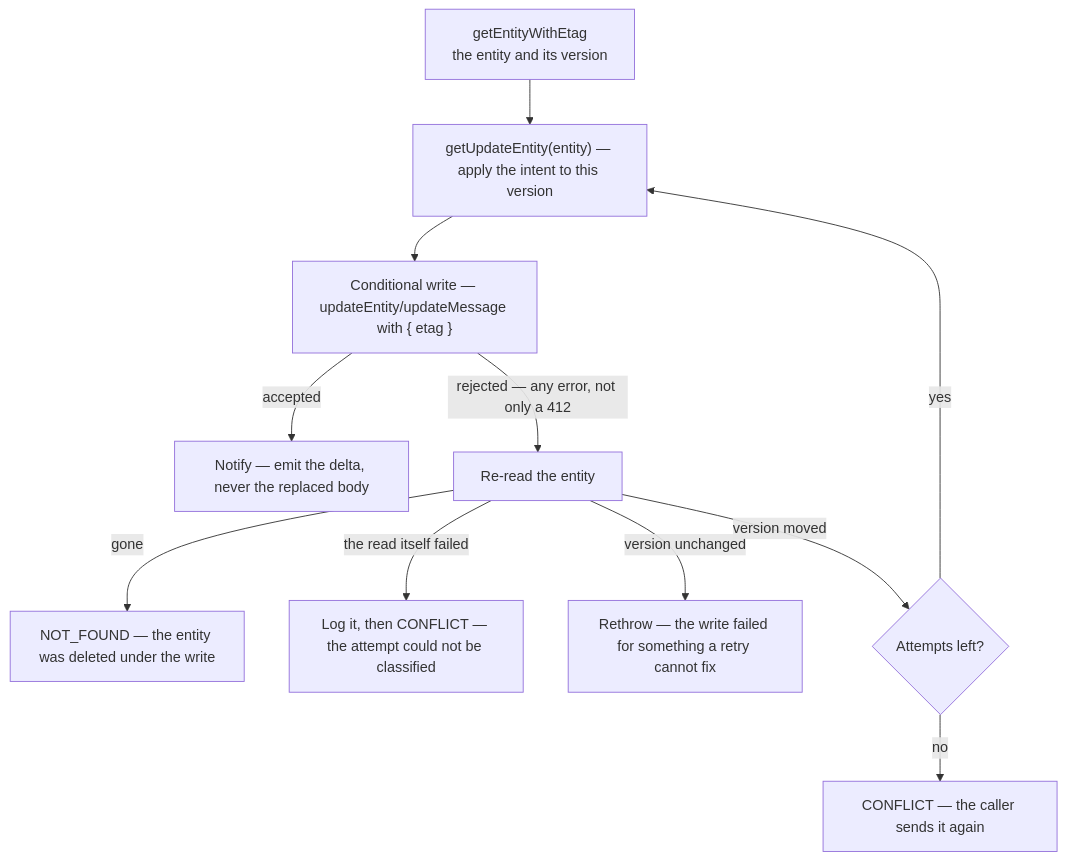
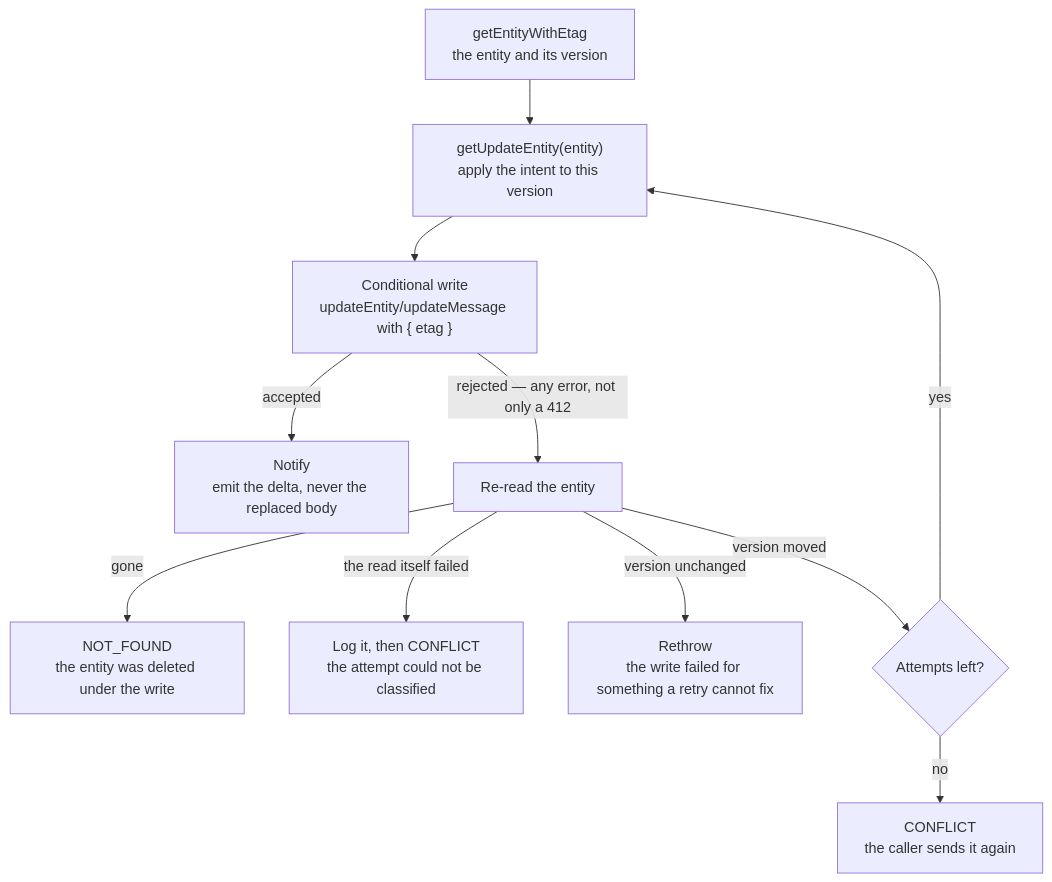
One commit to Esposter/Esposter changed the diagram in openspec/specs/architecture/conditional-writes/design.md. Above: the diagram before and after it, drawn with Mermaid. The commit also changed 6 other files, not shown here.

````diff
--- a/openspec/specs/architecture/conditional-writes/design.md
+++ b/openspec/specs/architecture/conditional-writes/design.md
@@ -25,13 +25,13 @@
 ```mermaid
 flowchart TD
-  R["getEntityWithEtag<br/>the entity and its version"] --> D["getUpdateEntity(entity) — apply the intent to this version"]
-  D --> W["Conditional write — updateEntity/updateMessage with { etag }"]
-  W -->|"accepted"| N["Notify — emit the delta, never the replaced body"]
+  R["getEntityWithEtag<br/>the entity and its version"] --> D["getUpdateEntity(entity)<br/>apply the intent to this version"]
+  D --> W["Conditional write<br/>updateEntity/updateMessage with { etag }"]
+  W -->|"accepted"| N["Notify<br/>emit the delta, never the replaced body"]
   W -->|"rejected — any error, not only a 412"| RR["Re-read the entity"]
-  RR -->|"gone"| NF["NOT_FOUND — the entity was deleted under the write"]
-  RR -->|"the read itself failed"| RF["Log it, then CONFLICT — the attempt could not be classified"]
-  RR -->|"version unchanged"| PE["Rethrow — the write failed for something a retry cannot fix"]
+  RR -->|"gone"| NF["NOT_FOUND<br/>the entity was deleted under the write"]
+  RR -->|"the read itself failed"| RF["Log it, then CONFLICT<br/>the attempt could not be classified"]
+  RR -->|"version unchanged"| PE["Rethrow<br/>the write failed for something a retry cannot fix"]
   RR -->|"version moved"| B{"Attempts left?"}
   B -->|"yes"| D
-  B -->|"no"| C["CONFLICT — the caller sends it again"]
+  B -->|"no"| C["CONFLICT<br/>the caller sends it again"]
 ```
````
